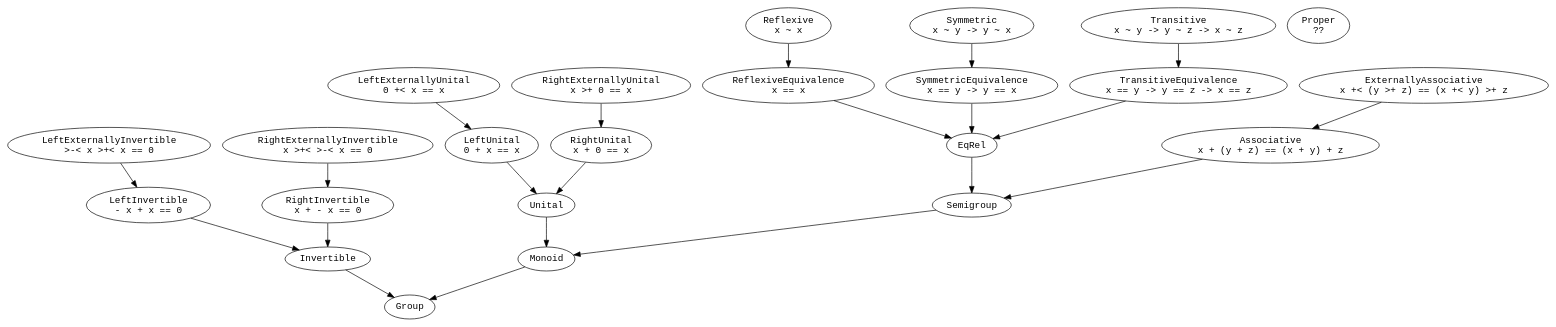
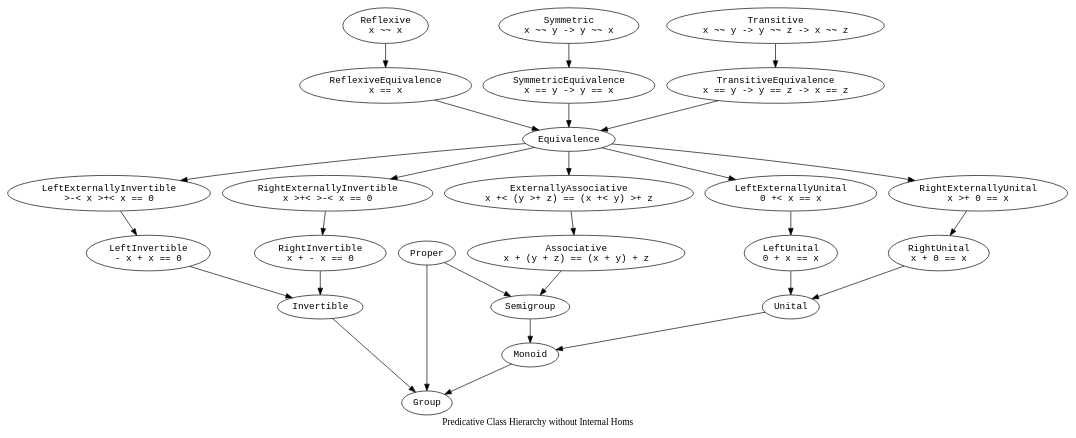
Before and after one commit to Tuplanolla/dez: the diagram in prototype/theories/is.dot, drawn with Graphviz. The commit also changed 1 other file, not shown here.

Commit message:
Update diagrams.

```diff
--- a/prototype/theories/is.dot
+++ b/prototype/theories/is.dot
@@ -1,57 +1,57 @@
 digraph Is {
-  // Predicative class hierarchy without internal homs.
+  label = "Predicative Class Hierarchy without Internal Homs"
 
   node [fontname = monospace]
 
   Assoc [label = "Associative\nx + (y + z) == (x + y) + z"]
+  Eq [label = "Equivalence"]
   ExtAssoc [label = "ExternallyAssociative\nx +< (y >+ z) == (x +< y) >+ z"]
   Grp [label = "Group"]
   Inv [label = "Invertible"]
   LExtInv [label = "LeftExternallyInvertible\n>-< x >+< x == 0"]
   LExtUn [label = "LeftExternallyUnital\n0 +< x == x"]
   LInv [label = "LeftInvertible\n- x + x == 0"]
   LUn [label = "LeftUnital\n0 + x == x"]
   Mon [label = "Monoid"]
-  Proper [label = "Proper\n??"]
-  Refl [label = "Reflexive\nx ~ x"]
-  ReflEq [label = "ReflexiveEquivalence\nx == x"]
+  Proper [label = "Proper"]
   RExtInv [label = "RightExternallyInvertible\nx >+< >-< x == 0"]
   RExtUn [label = "RightExternallyUnital\nx >+ 0 == x"]
   RInv [label = "RightInvertible\nx + - x == 0"]
   RUn [label = "RightUnital\nx + 0 == x"]
+  Refl [label = "Reflexive\nx ~~ x"]
+  ReflEq [label = "ReflexiveEquivalence\nx == x"]
   SGrp [label = "Semigroup"]
-  EqRel [label = "EqRel"]
-  Sym [label = "Symmetric\nx ~ y -> y ~ x"]
+  Sym [label = "Symmetric\nx ~~ y -> y ~~ x"]
   SymEq [label = "SymmetricEquivalence\nx == y -> y == x"]
-  Trans [label = "Transitive\nx ~ y -> y ~ z -> x ~ z"]
+  Trans [label = "Transitive\nx ~~ y -> y ~~ z -> x ~~ z"]
   TransEq [label = "TransitiveEquivalence\nx == y -> y == z -> x == z"]
   Un [label = "Unital"]
 
+  Assoc -> SGrp
+  Eq -> ExtAssoc
+  Eq -> LExtInv
+  Eq -> LExtUn
+  Eq -> RExtInv
+  Eq -> RExtUn
+  ExtAssoc -> Assoc
+  Inv -> Grp
+  LExtInv -> LInv
+  LExtUn -> LUn
+  LInv -> Inv
+  LUn -> Un
+  Mon -> Grp
+  Proper -> Grp
+  Proper -> SGrp
+  RExtInv -> RInv
+  RExtUn -> RUn
+  RInv -> Inv
+  RUn -> Un
   Refl -> ReflEq
+  ReflEq -> Eq
+  SGrp -> Mon
   Sym -> SymEq
+  SymEq -> Eq
   Trans -> TransEq
-
-  ReflEq -> EqRel
-  SymEq -> EqRel
-  TransEq -> EqRel
-
-  ExtAssoc -> Assoc
-  LExtUn -> LUn
-  RExtUn -> RUn
-  LExtInv -> LInv
-  RExtInv -> RInv
-
-  LUn -> Un
-  RUn -> Un
-
-  LInv -> Inv
-  RInv -> Inv
-
-  Assoc -> SGrp
+  TransEq -> Eq
   Un -> Mon
-  Inv -> Grp
-
-  EqRel -> SGrp
-  SGrp -> Mon
-  Mon -> Grp
 }
```
